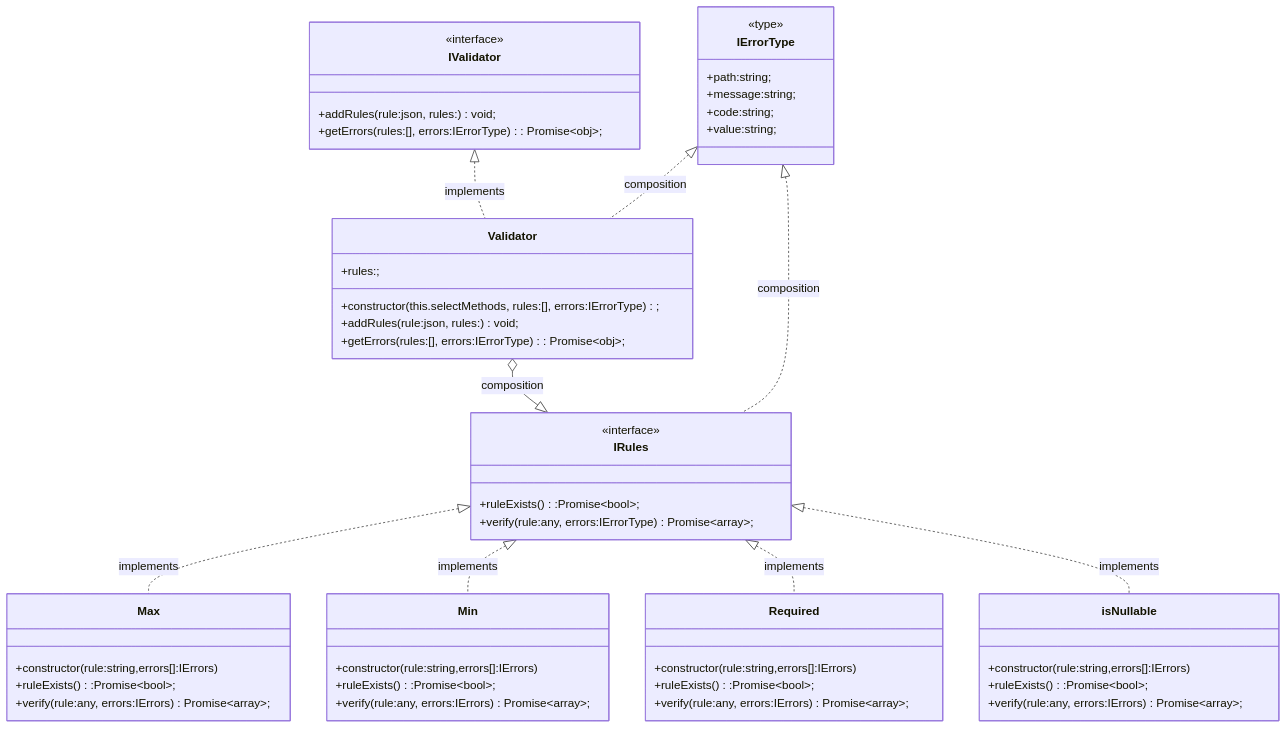
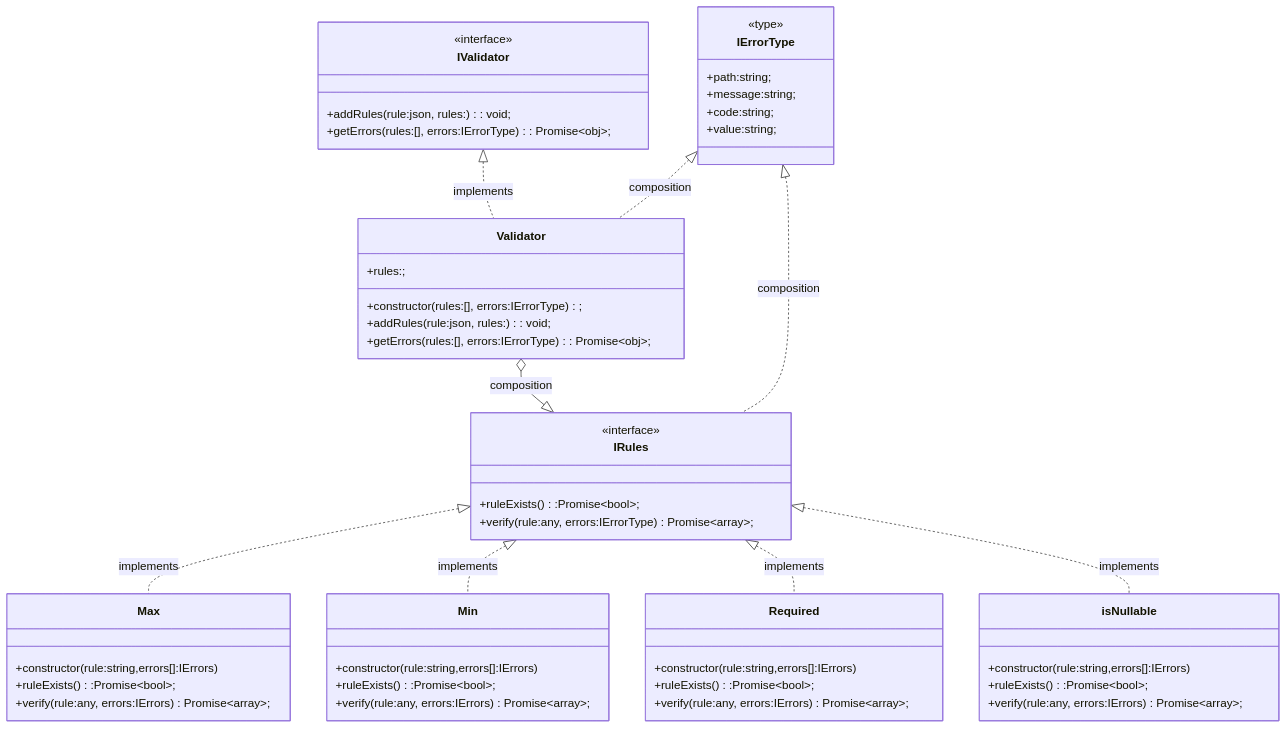
Before and after one commit to almas-alright/groots-validator: the diagram in readme.md, drawn with Mermaid.

Commit message:
ADD: class diagram

````diff
--- a/readme.md
+++ b/readme.md
@@ -12,65 +12,62 @@
 ```mermaid
 classDiagram
 
     class IValidator{
         <<interface>>
-        +addRules(rule:json, rules:<rules IRules>) void;
+        +addRules(rule:json, rules:<rules IRules>): void;
         +getErrors(rules:[], errors:IErrorType): Promise~obj~;
     }
 
     IValidator <|.. Validator : implements
     Validator o--|> IRules : composition
     IErrorType <|.. Validator : composition
     class Validator{
         +rules:<rules IRules>;
-        +constructor(this.selectMethods, rules:[], errors:IErrorType);
-        +addRules(rule:json, rules:<rules IRules>) void;
-         %% ruleExistsRules call validator
+        +constructor(rules:[], errors:IErrorType);
+        +addRules(rule:json, rules:<rules IRules>): void;
         +getErrors(rules:[], errors:IErrorType): Promise~obj~;
     }
 
     class IErrorType{
         <<type>>
         +path:string;
         +message:string;
         +code:string;
         +value:string;
     }
 
     IErrorType <|.. IRules : composition
     class IRules{
         <<interface>>
         +ruleExists():Promise~bool~;
         +verify(rule:any, errors:IErrorType) Promise~array~;
     }
 
     IRules <|.. Max : implements
     class Max{
         +constructor(rule:string,errors[]:IErrors)
         +ruleExists():Promise~bool~;
         +verify(rule:any, errors:IErrors) Promise~array~;
     }
 
     IRules <|.. Min : implements
     class Min{
         +constructor(rule:string,errors[]:IErrors)
         +ruleExists():Promise~bool~;
         +verify(rule:any, errors:IErrors) Promise~array~;
     }
 
     IRules <|.. Required : implements
     class Required{
         +constructor(rule:string,errors[]:IErrors)
         +ruleExists():Promise~bool~;
         +verify(rule:any, errors:IErrors) Promise~array~;
     }
 
     IRules <|.. isNullable : implements
     class isNullable{
         +constructor(rule:string,errors[]:IErrors)
         +ruleExists():Promise~bool~;
         +verify(rule:any, errors:IErrors) Promise~array~;
     }
-
-
 ```
````
